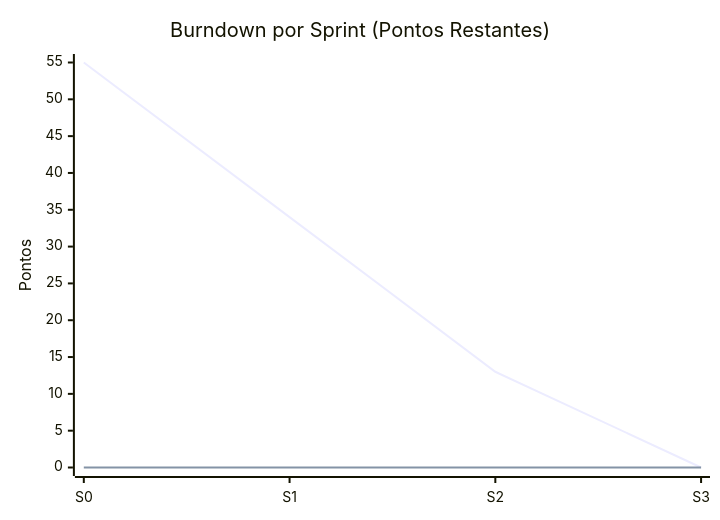
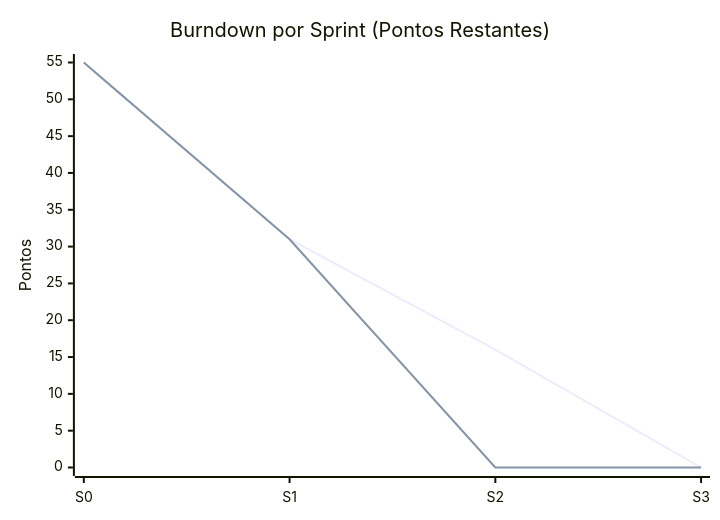
One commit to candago-6/documentacao changed the diagram in README.md. Above: the diagram before and after it, drawn with Mermaid. The commit also changed other lines of this file, not shown here.

First line of the commit message:
Revise README with project details and architecture

````diff
--- a/README.md
+++ b/README.md
@@ -575,8 +574,8 @@
 ```mermaid
 xychart-beta
 	title "Burndown por Sprint (Pontos Restantes)"
 	x-axis [S0, S1, S2, S3]
 	y-axis "Pontos" 0 --> 55
-	line "planejado" [55, 34, 13, 0]
-	line "real" [0, 0, 0, 0]
+	line "planejado" [55, 31, 16, 0]
+	line "real" [55, 31, 0, 0]
 ```
````
